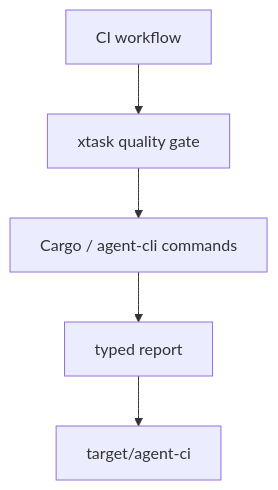
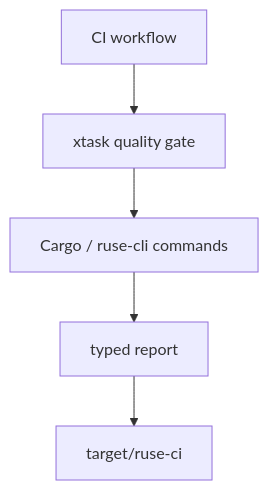
One commit to poneding/agent changed the diagram in docs/specs/M29-00-ci-quality-technical-design.spec.md. Above: the diagram before and after it, drawn with Mermaid. The commit also changed 2091 other files, not shown here.

First line of the commit message:
refactor: rename agent branding to ruse

````diff
--- a/docs/specs/M29-00-ci-quality-technical-design.spec.md
+++ b/docs/specs/M29-00-ci-quality-technical-design.spec.md
@@ -33,7 +33,7 @@
 ```mermaid
 flowchart TD
-  Xtask["xtask quality gate"] --> Commands["Cargo / agent-cli commands"]
+  Xtask["xtask quality gate"] --> Commands["Cargo / ruse-cli commands"]
   Commands --> Report["typed report"]
-  Report --> Artifacts["target/agent-ci"]
+  Report --> Artifacts["target/ruse-ci"]
   Workflow["CI workflow"] --> Xtask
 ```
````
